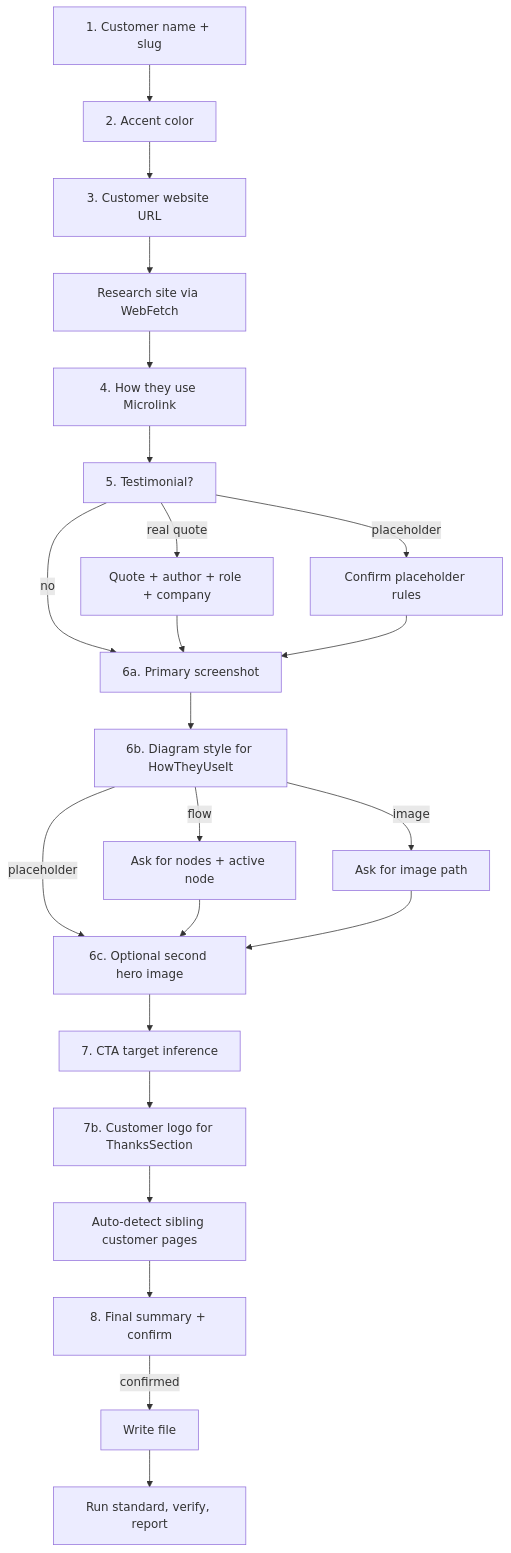
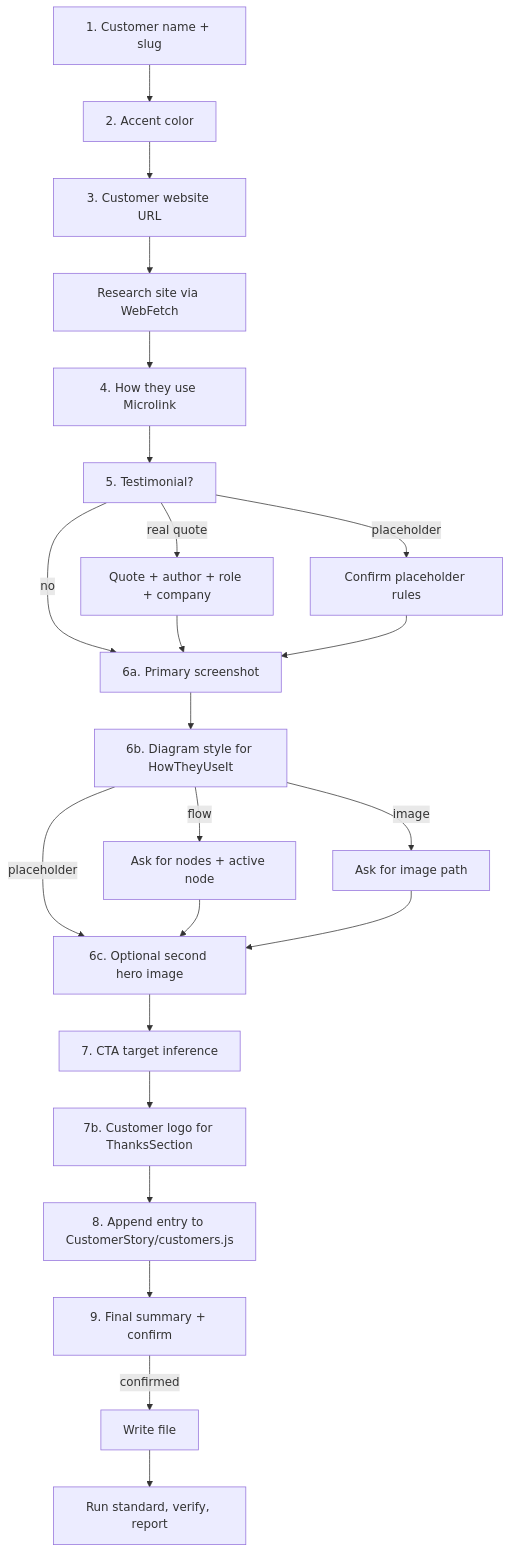
The diagram in .cursor/skills/customer-story/SKILL.md (microlinkhq/www), drawn with Mermaid before and after one commit. The commit also changed other lines of this file and 18 other files, not shown here.

````diff
--- a/.cursor/skills/customer-story/SKILL.md
+++ b/.cursor/skills/customer-story/SKILL.md
@@ -100,25 +121,25 @@
 ```mermaid
 flowchart TD
     Q1[1. Customer name + slug] --> Q2[2. Accent color]
     Q2 --> Q3[3. Customer website URL]
     Q3 --> R1["Research site via WebFetch"]
     R1 --> Q4[4. How they use Microlink]
     Q4 --> Q5["5. Testimonial?"]
     Q5 -->|real quote| Q5a[Quote + author + role + company]
     Q5 -->|placeholder| Q5b[Confirm placeholder rules]
     Q5 -->|no| Q6
     Q5a --> Q6
     Q5b --> Q6
     Q6[6a. Primary screenshot] --> Q6b[6b. Diagram style for HowTheyUseIt]
     Q6b -->|flow| Q6c[Ask for nodes + active node]
     Q6b -->|image| Q6d[Ask for image path]
     Q6b -->|placeholder| Q6e
     Q6c --> Q6e[6c. Optional second hero image]
     Q6d --> Q6e
     Q6e --> Q7[7. CTA target inference]
     Q7 --> Q7b[7b. Customer logo for ThanksSection]
-    Q7b --> R2[Auto-detect sibling customer pages]
-    R2 --> Q8[8. Final summary + confirm]
-    Q8 -->|confirmed| W[Write file]
+    Q7b --> R2[8. Append entry to CustomerStory/customers.js]
+    R2 --> Q9[9. Final summary + confirm]
+    Q9 -->|confirmed| W[Write file]
     W --> V[Run standard, verify, report]
 ```
````
